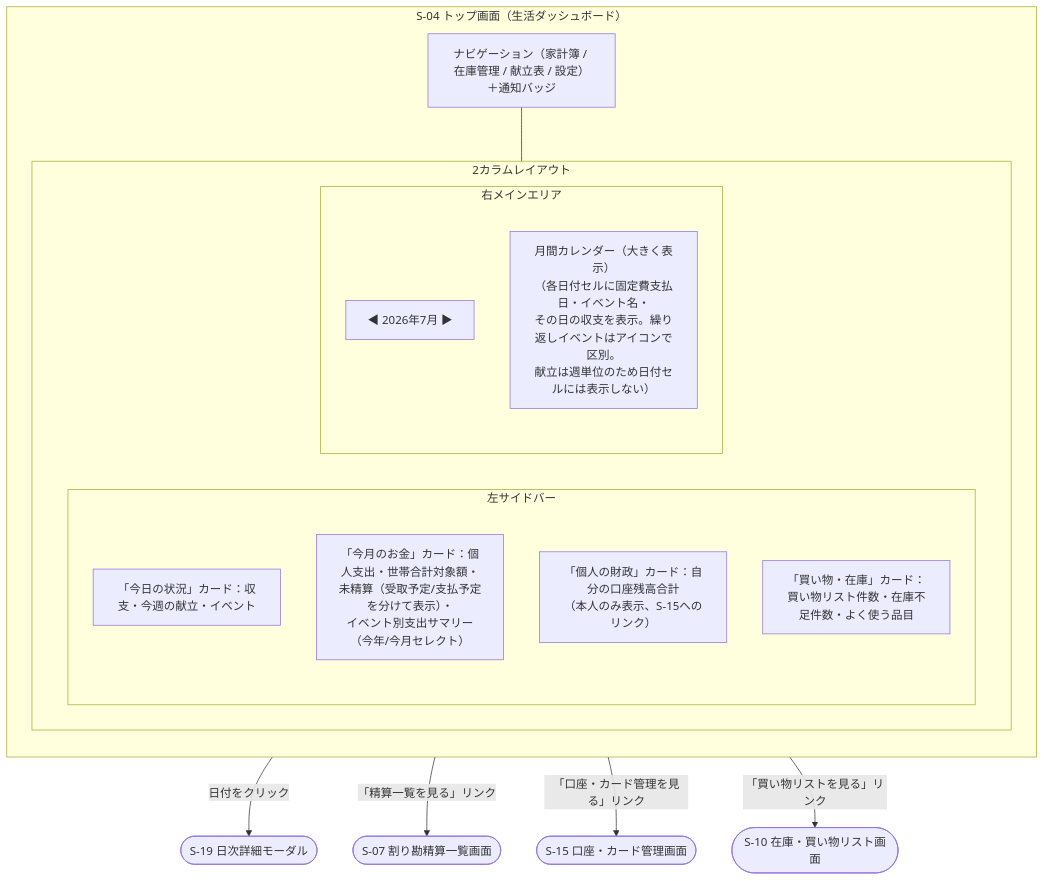
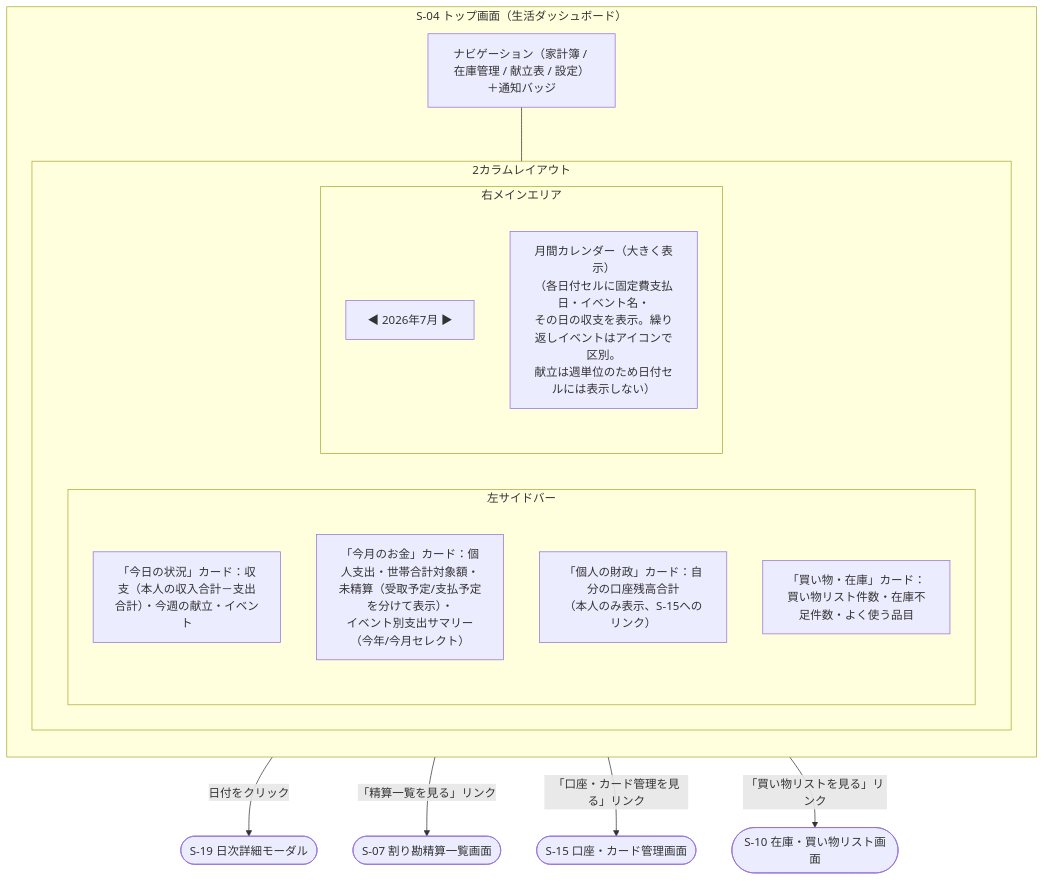
Before and after one commit to yamamotonaoki3/HomeLog: the fourth of 19 diagrams in docs/details/wireframes.md, drawn with Mermaid. The commit also changed other lines of this file and 9 other files, not shown here.

````diff
--- a/docs/details/wireframes.md
+++ b/docs/details/wireframes.md
@@ -166,27 +166,27 @@
 ```mermaid
 flowchart TD
     subgraph Screen["S-04 トップ画面（生活ダッシュボード）"]
         direction TB
         Nav["ナビゲーション（家計簿 / 在庫管理 / 献立表 / 設定）＋通知バッジ"]
         subgraph Layout["2カラムレイアウト"]
             direction LR
             subgraph Sidebar["左サイドバー"]
                 direction TB
-                Today["「今日の状況」カード：収支・今週の献立・イベント"]
+                Today["「今日の状況」カード：収支（本人の収入合計－支出合計）・今週の献立・イベント"]
                 Money["「今月のお金」カード：個人支出・世帯合計対象額・\n未精算（受取予定/支払予定を分けて表示）・\nイベント別支出サマリー（今年/今月セレクト）"]
                 Finance["「個人の財政」カード：自分の口座残高合計\n（本人のみ表示、S-15へのリンク）"]
                 Stock["「買い物・在庫」カード：買い物リスト件数・在庫不足件数・よく使う品目"]
             end
             subgraph MainArea["右メインエリア"]
                 direction TB
                 Header["◀ 2026年7月 ▶"]
                 Calendar["月間カレンダー（大きく表示）\n（各日付セルに固定費支払日・イベント名・\nその日の収支を表示。繰り返しイベントはアイコンで区別。\n献立は週単位のため日付セルには表示しない）"]
             end
         end
     end
     Nav --- Layout
     Calendar -- 日付をクリック --> DayModal(["S-19 日次詳細モーダル"])
     Money -- 「精算一覧を見る」リンク --> S07(["S-07 割り勘精算一覧画面"])
     Finance -- 「口座・カード管理を見る」リンク --> S15(["S-15 口座・カード管理画面"])
     Stock -- 「買い物リストを見る」リンク --> S10(["S-10 在庫・買い物リスト画面"])
 ```
````
